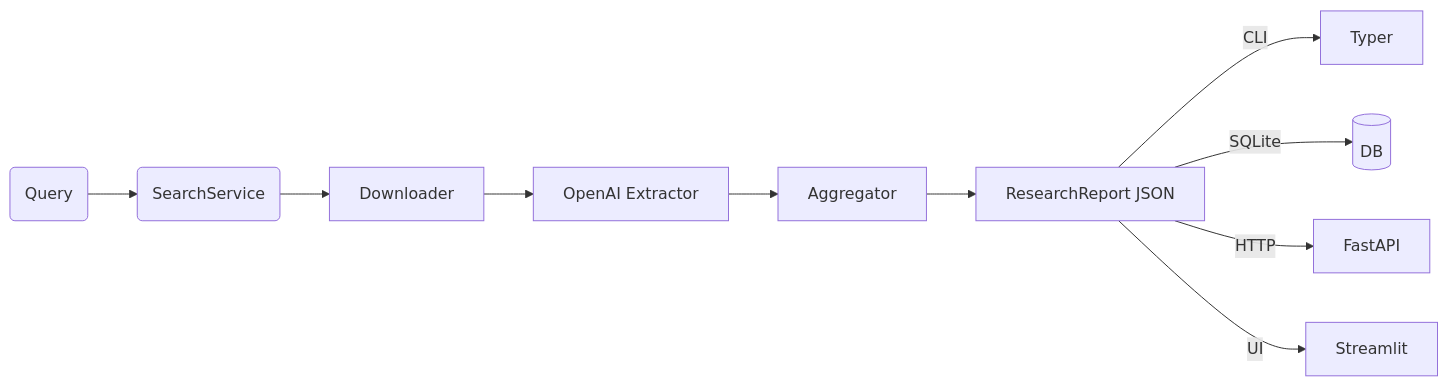
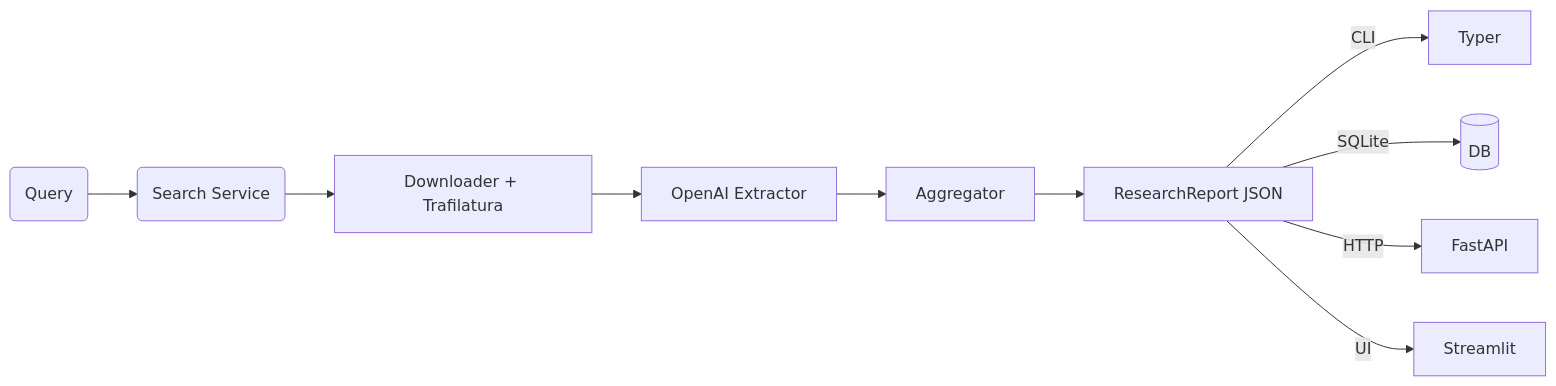
One commit to amritkochar/GTMind changed the diagram in README.md. Above: the diagram before and after it, drawn with Mermaid. The commit also changed other lines of this file, not shown here.

````diff
--- a/README.md
+++ b/README.md
@@ -26,12 +25,12 @@
 ```mermaid
 flowchart LR
-    Q(Query) --> S(SearchService)
-    S --> P[Downloader]
+    Q(Query) --> S(Search Service)
+    S --> P[Downloader + Trafilatura]
     P --> E[OpenAI Extractor]
     E --> A[Aggregator]
     A --> J[ResearchReport JSON]
     J -->|CLI| C[Typer]
     J -->|SQLite| D[(DB)]
     J -->|HTTP| F[FastAPI]
     J -->|UI| U[Streamlit]
 ```
````
